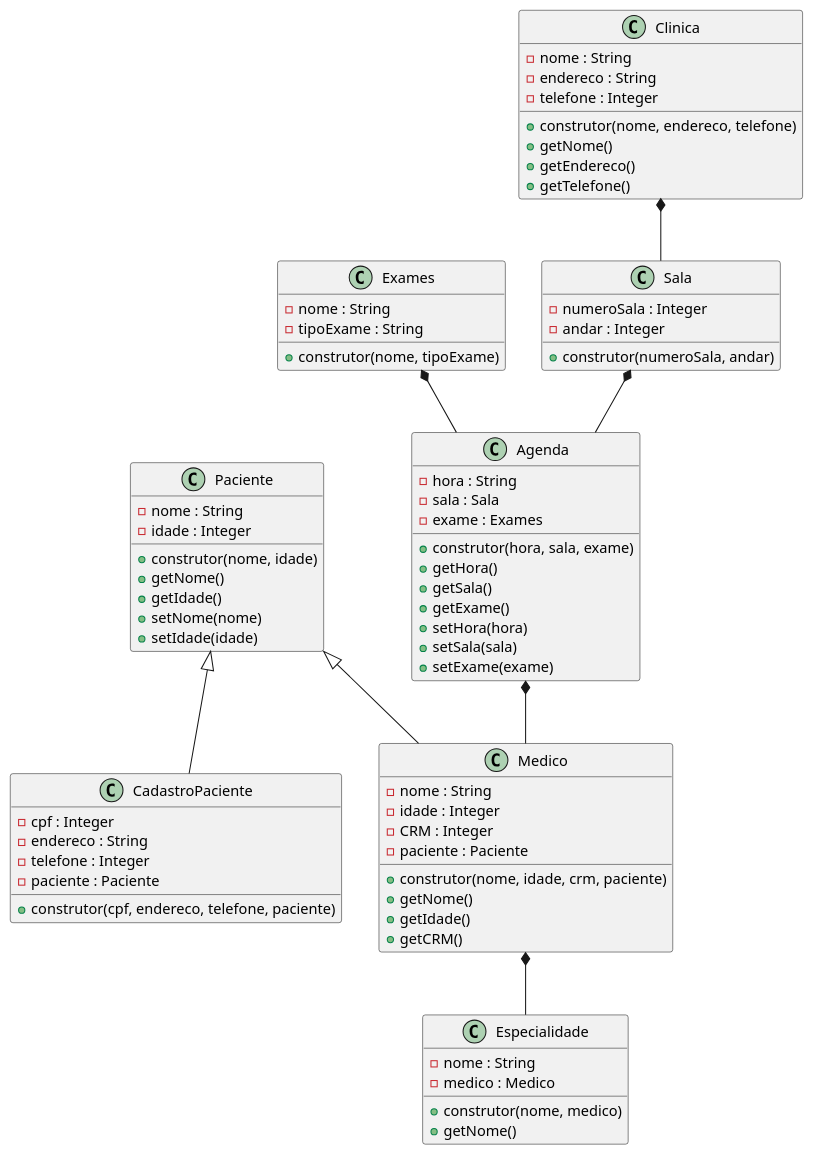
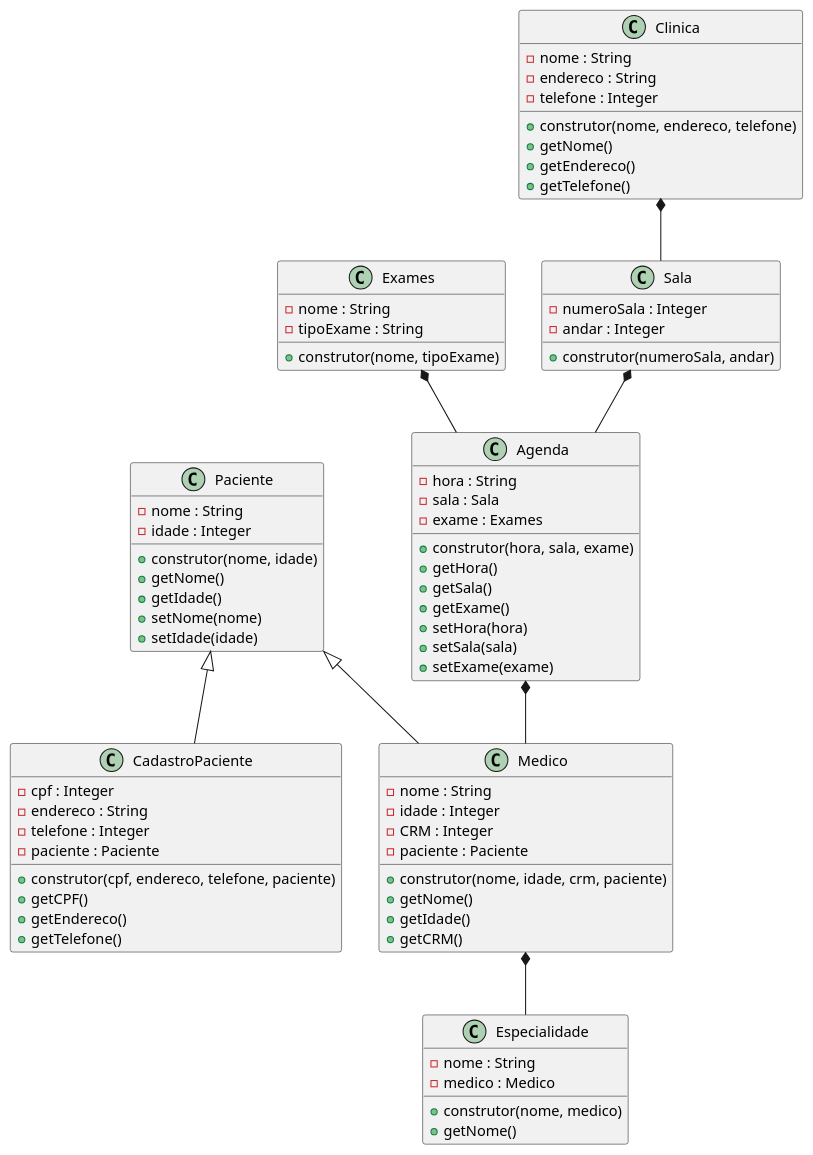
One commit to anleaes/2022-1-N2-POO-03 changed the diagram in diagrama.plantuml. Above: the diagram before and after it, drawn with PlantUML.

Commit message:
criado gets na classe cadastroPaciente

```diff
--- a/diagrama.plantuml
+++ b/diagrama.plantuml
@@ -1,82 +1,85 @@
 @startuml Gerenciamento de Exames Medicos
 
     class Agenda{
         - hora : String
         - sala : Sala
         - exame : Exames
         + construtor(hora, sala, exame)
         + getHora()
         + getSala()
         + getExame()
         + setHora(hora)
         + setSala(sala)
         + setExame(exame)
     }
 
     class Paciente{
         - nome : String
         - idade : Integer
         + construtor(nome, idade)
         + getNome()
         + getIdade()
         + setNome(nome)
         + setIdade(idade)
     }
 
     class CadastroPaciente{
         - cpf : Integer
         - endereco : String
         - telefone : Integer
         - paciente : Paciente
         + construtor(cpf, endereco, telefone, paciente)
+        + getCPF()
+        + getEndereco()
+        + getTelefone()
     }
 
     class Medico{
         - nome : String
         - idade : Integer
         - CRM : Integer
         - paciente : Paciente
         + construtor(nome, idade, crm, paciente)
         + getNome()
         + getIdade()
         + getCRM()
     }
 
     class Exames{
         - nome : String
         - tipoExame : String
         + construtor(nome, tipoExame)
     }
 
     class Especialidade{
         - nome : String
         - medico : Medico
         + construtor(nome, medico)
         + getNome()
     }
 
     class Clinica{
         - nome : String
         - endereco : String
         - telefone : Integer
         + construtor(nome, endereco, telefone)
         + getNome()
         + getEndereco()
         + getTelefone()
     }
 
     class Sala{
         - numeroSala : Integer
         - andar : Integer
         + construtor(numeroSala, andar)
     }
 
     Paciente <|-- CadastroPaciente
     Paciente <|-- Medico
     Medico *-- Especialidade
     Exames *-- Agenda
     Sala *-- Agenda
     Agenda *-- Medico
     Clinica *-- Sala
 
 @enduml
```
